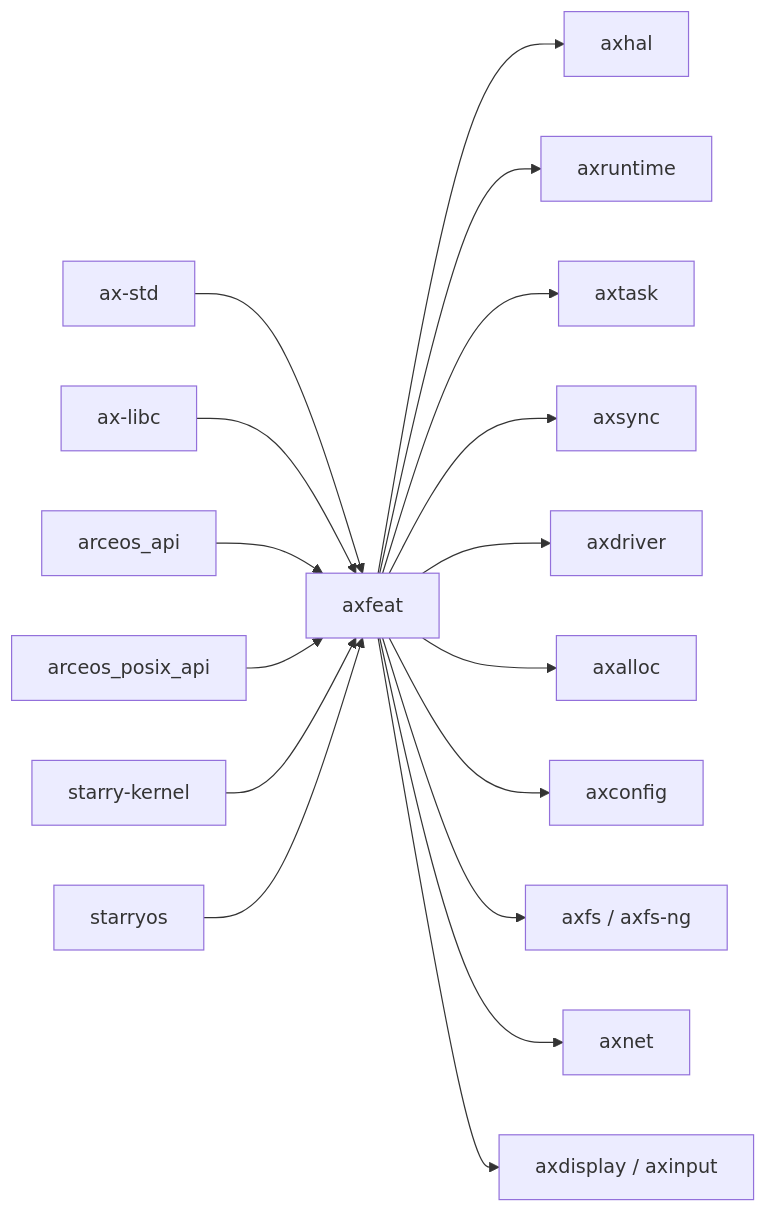
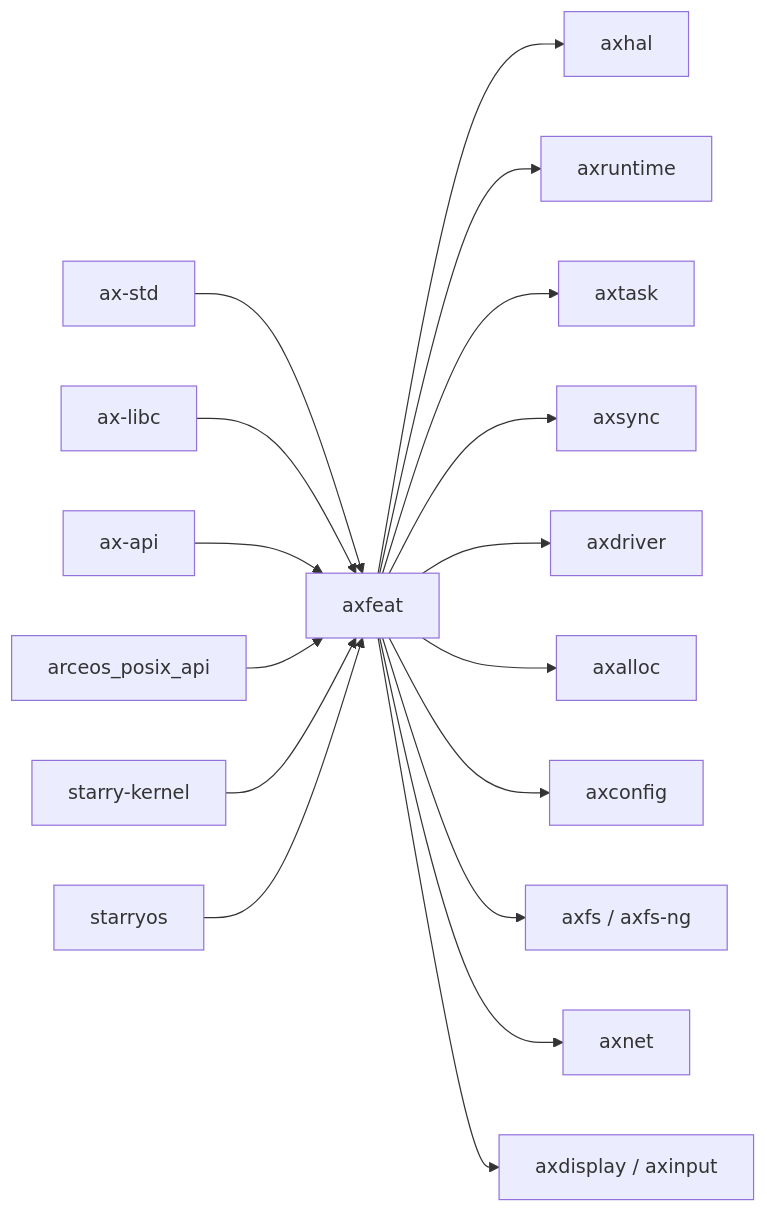
The second of 2 diagrams in docs/crates/axfeat.md (zKurisu/tgoskits), drawn with Mermaid before and after one commit. The commit also changed other lines of this file and 61 other files, not shown here.

Commit message:
rename arceos_api to ax-api

````diff
--- a/docs/crates/axfeat.md
+++ b/docs/crates/axfeat.md
@@ -95,20 +95,20 @@
 ```mermaid
 graph LR
     ax-std["ax-std"] --> axfeat["axfeat"]
     ax-libc["ax-libc"] --> axfeat
-    arceos_api["arceos_api"] --> axfeat
+    ax-api["ax-api"] --> axfeat
     posix["arceos_posix_api"] --> axfeat
     starry_kernel["starry-kernel"] --> axfeat
     starryos["starryos"] --> axfeat
 
     axfeat --> axhal["axhal"]
     axfeat --> axruntime["axruntime"]
     axfeat --> axtask["axtask"]
     axfeat --> axsync["axsync"]
     axfeat --> axdriver["axdriver"]
     axfeat --> axalloc["axalloc"]
     axfeat --> axconfig["axconfig"]
     axfeat --> axfs["axfs / axfs-ng"]
     axfeat --> axnet["axnet"]
     axfeat --> axdisplay["axdisplay / axinput"]
 ```
````
